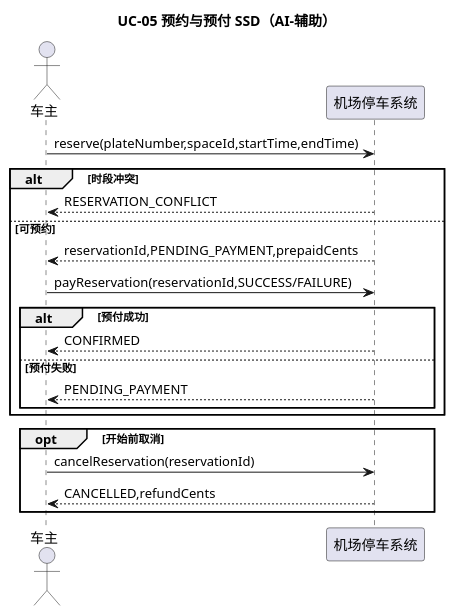
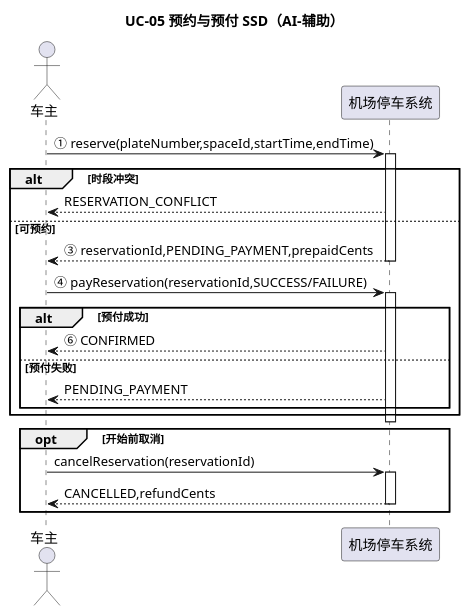
The diagram in models/09-reservation-ssd.puml (Gindama713/UMLWORK), drawn with PlantUML before and after one commit. The commit also changed 39 other files, not shown here.

Commit message:
refine UML notation and report figure layout

```diff
--- a/models/09-reservation-ssd.puml
+++ b/models/09-reservation-ssd.puml
@@ -1,21 +1,27 @@
 @startuml
 title UC-05 预约与预付 SSD（AI-辅助）
 actor 车主
 participant "机场停车系统" as system
-车主 -> system : reserve(plateNumber,spaceId,startTime,endTime)
+车主 -> system : ① reserve(plateNumber,spaceId,startTime,endTime)
+activate system
 alt 时段冲突
   system --> 车主 : RESERVATION_CONFLICT
 else 可预约
-  system --> 车主 : reservationId,PENDING_PAYMENT,prepaidCents
-  车主 -> system : payReservation(reservationId,SUCCESS/FAILURE)
+  system --> 车主 : ③ reservationId,PENDING_PAYMENT,prepaidCents
+  deactivate system
+  车主 -> system : ④ payReservation(reservationId,SUCCESS/FAILURE)
+  activate system
   alt 预付成功
-    system --> 车主 : CONFIRMED
+    system --> 车主 : ⑥ CONFIRMED
   else 预付失败
     system --> 车主 : PENDING_PAYMENT
   end
 end
+deactivate system
 opt 开始前取消
   车主 -> system : cancelReservation(reservationId)
+  activate system
   system --> 车主 : CANCELLED,refundCents
+  deactivate system
 end
 @enduml
```
